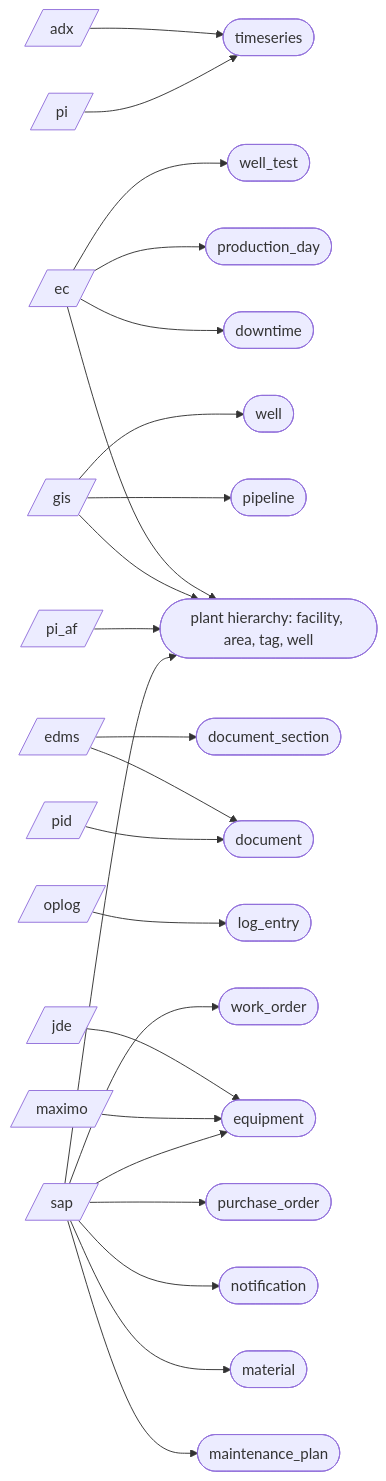
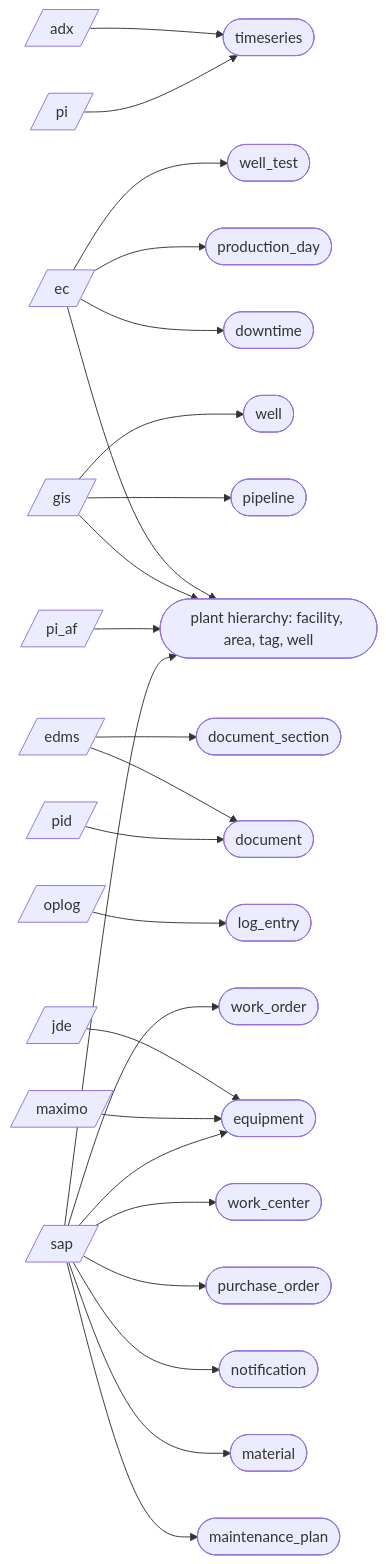
Before and after one commit to areed145/fuzer: the second of 3 diagrams in docs/architecture.md, drawn with Mermaid. The commit also changed 14 other files, not shown here.

````diff
--- a/docs/architecture.md
+++ b/docs/architecture.md
@@ -79,53 +79,55 @@
 ```mermaid
 flowchart LR
   src_adx[/"adx"/]
   src_ec[/"ec"/]
   src_edms[/"edms"/]
   src_gis[/"gis"/]
   src_jde[/"jde"/]
   src_maximo[/"maximo"/]
   src_oplog[/"oplog"/]
   src_pi[/"pi"/]
   src_pi_af[/"pi_af"/]
   src_pid[/"pid"/]
   src_sap[/"sap"/]
   kind_document(["document"])
   kind_document_section(["document_section"])
   kind_downtime(["downtime"])
   kind_equipment(["equipment"])
   kind_log_entry(["log_entry"])
   kind_maintenance_plan(["maintenance_plan"])
   kind_material(["material"])
   kind_notification(["notification"])
   kind_pipeline(["pipeline"])
   kind_plant_hierarchy__facility__area__tag__well(["plant hierarchy: facility, area, tag, well"])
   kind_production_day(["production_day"])
   kind_purchase_order(["purchase_order"])
   kind_timeseries(["timeseries"])
   kind_well(["well"])
   kind_well_test(["well_test"])
+  kind_work_center(["work_center"])
   kind_work_order(["work_order"])
   src_adx --> kind_timeseries
   src_ec --> kind_downtime
   src_ec --> kind_plant_hierarchy__facility__area__tag__well
   src_ec --> kind_production_day
   src_ec --> kind_well_test
   src_edms --> kind_document
   src_edms --> kind_document_section
   src_gis --> kind_pipeline
   src_gis --> kind_plant_hierarchy__facility__area__tag__well
   src_gis --> kind_well
   src_jde --> kind_equipment
   src_maximo --> kind_equipment
   src_oplog --> kind_log_entry
   src_pi --> kind_timeseries
   src_pi_af --> kind_plant_hierarchy__facility__area__tag__well
   src_pid --> kind_document
   src_sap --> kind_equipment
   src_sap --> kind_maintenance_plan
   src_sap --> kind_material
   src_sap --> kind_notification
   src_sap --> kind_plant_hierarchy__facility__area__tag__well
   src_sap --> kind_purchase_order
+  src_sap --> kind_work_center
   src_sap --> kind_work_order
 ```
````
